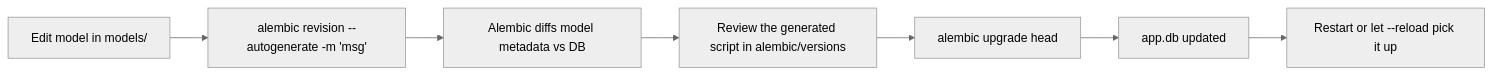
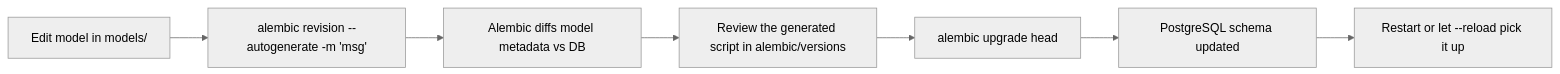
One commit to abhijeetBhale/FastAPI changed the eighth of 8 diagrams in awesome-project/README.md. Above: the diagram before and after it, drawn with Mermaid (neutral theme). The commit also changed other lines of this file and 26 other files, not shown here.

Commit message:
Introduction of PostgreSQL in the application

````diff
--- a/awesome-project/README.md
+++ b/awesome-project/README.md
@@ -390,9 +405,9 @@
 ```mermaid
 flowchart LR
     A[Edit model in models/] --> B["alembic revision --autogenerate -m 'msg'"]
     B --> C[Alembic diffs model metadata vs DB]
     C --> D[Review the generated script in alembic/versions]
     D --> E["alembic upgrade head"]
-    E --> F[app.db updated]
+    E --> F[PostgreSQL schema updated]
     F --> G[Restart or let --reload pick it up]
 ```
````
